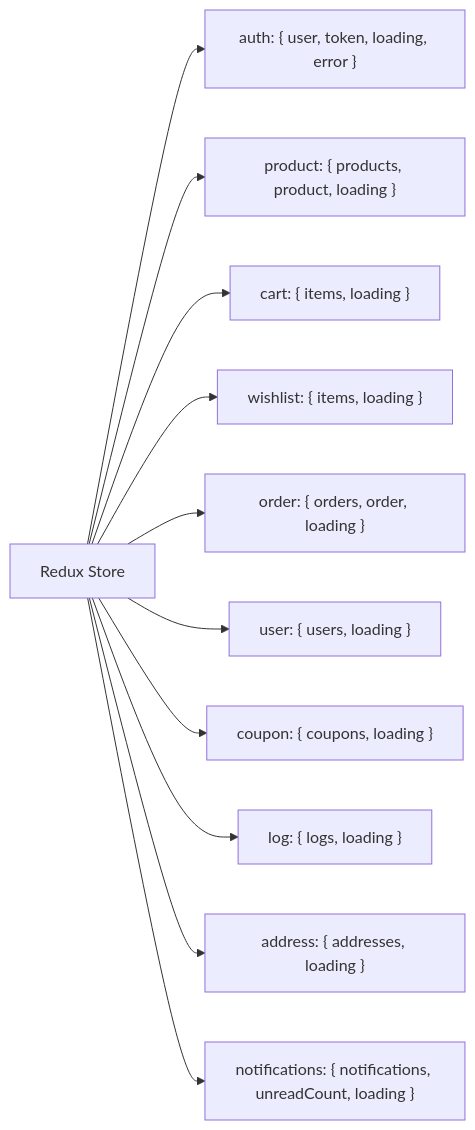
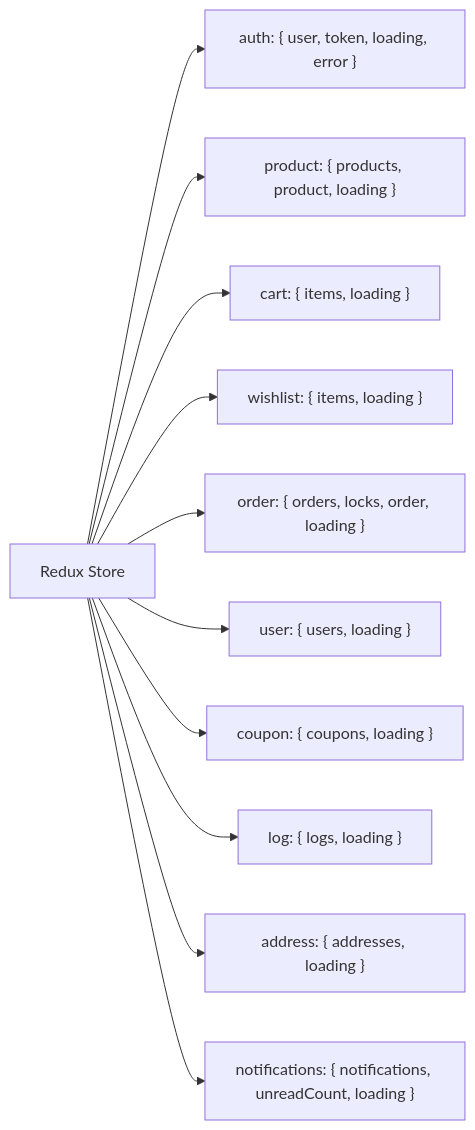
Before and after one commit to Narendrakaduru/QuickCart: the tenth of 12 diagrams in architecture_diagrams.md, drawn with Mermaid. The commit also changed other lines of this file and 10 other files, not shown here.

````diff
--- a/architecture_diagrams.md
+++ b/architecture_diagrams.md
@@ -567,13 +589,13 @@
 ```mermaid
 graph LR
     STORE["Redux Store"] --> AUTH["auth: { user, token, loading, error }"]
     STORE --> PROD["product: { products, product, loading }"]
     STORE --> CART["cart: { items, loading }"]
     STORE --> WL["wishlist: { items, loading }"]
-    STORE --> ORD["order: { orders, order, loading }"]
+    STORE --> ORD["order: { orders, locks, order, loading }"]
     STORE --> USR["user: { users, loading }"]
     STORE --> CPN["coupon: { coupons, loading }"]
     STORE --> LOG["log: { logs, loading }"]
     STORE --> ADDR["address: { addresses, loading }"]
     STORE --> NOTIF["notifications: { notifications, unreadCount, loading }"]
 ```
````
